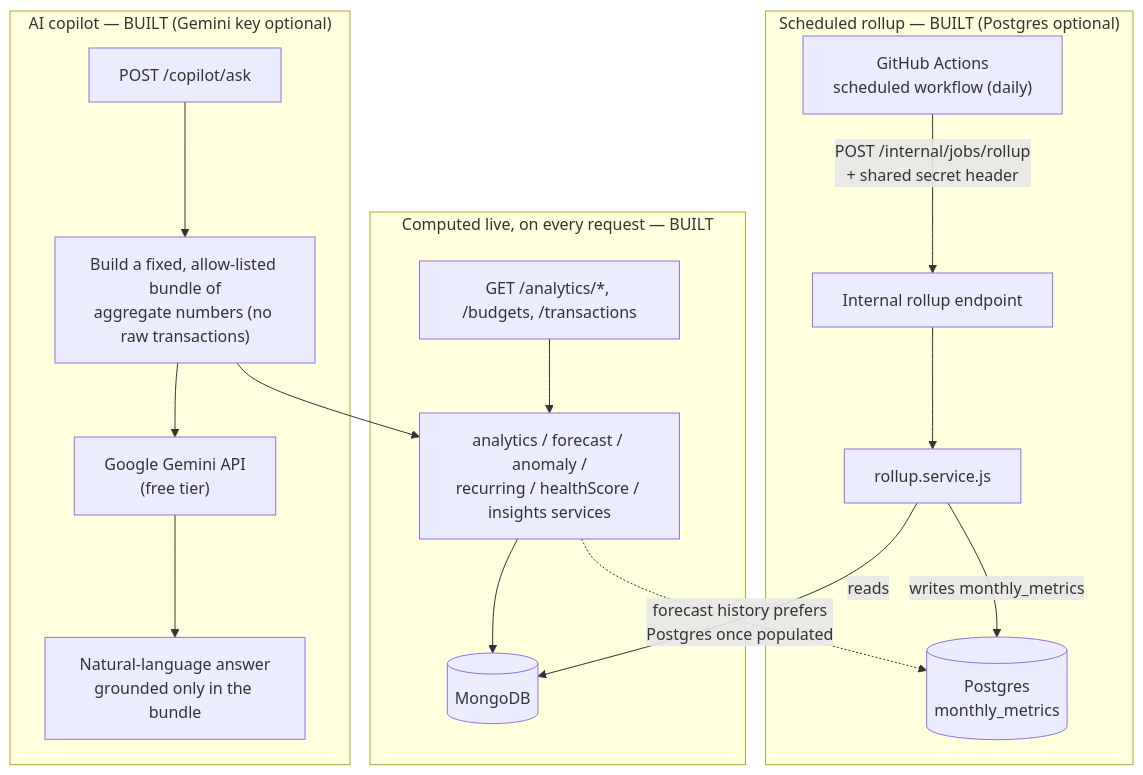
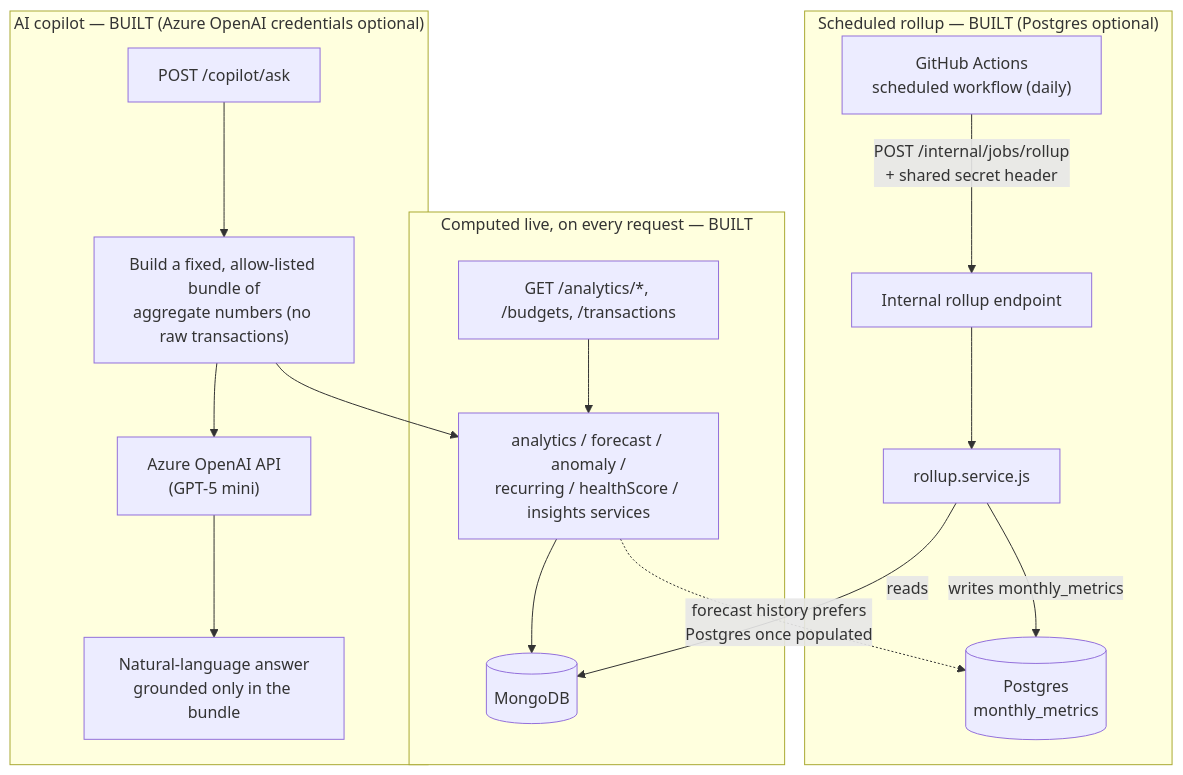
One commit to Tanmay268/ArthaGrid changed the sixth of 8 diagrams in docs/architecture.md. Above: the diagram before and after it, drawn with Mermaid. The commit also changed other lines of this file and 21 other files, not shown here.

Commit message:
updated: Graphs

````diff
--- a/docs/architecture.md
+++ b/docs/architecture.md
@@ -225,23 +225,23 @@
 ```mermaid
 flowchart TD
     subgraph OnDemand["Computed live, on every request — BUILT"]
         Req["GET /analytics/*, /budgets, /transactions"] --> Analytics["analytics / forecast / anomaly /\nrecurring / healthScore / insights services"]
         Analytics --> Mongo[(MongoDB)]
     end
 
     subgraph Rollup["Scheduled rollup — BUILT (Postgres optional)"]
         GHA["GitHub Actions\nscheduled workflow (daily)"] -->|"POST /internal/jobs/rollup\n+ shared secret header"| RollupEndpoint["Internal rollup endpoint"]
         RollupEndpoint --> RollupSvc["rollup.service.js"]
         RollupSvc -->|reads| Mongo
         RollupSvc -->|writes monthly_metrics| Postgres[(Postgres\nmonthly_metrics)]
     end
 
-    subgraph CopilotFlow["AI copilot — BUILT (Gemini key optional)"]
+    subgraph CopilotFlow["AI copilot — BUILT (Azure OpenAI credentials optional)"]
         Ask["POST /copilot/ask"] --> Bundle["Build a fixed, allow-listed bundle of\naggregate numbers (no raw transactions)"]
         Bundle --> Analytics
-        Bundle --> Gemini["Google Gemini API\n(free tier)"]
-        Gemini --> Answer["Natural-language answer\ngrounded only in the bundle"]
+        Bundle --> AzureOpenAI["Azure OpenAI API\n(GPT-5 mini)"]
+        AzureOpenAI --> Answer["Natural-language answer\ngrounded only in the bundle"]
     end
 
     Analytics -.->|"forecast history prefers\nPostgres once populated"| Postgres
 ```
````
